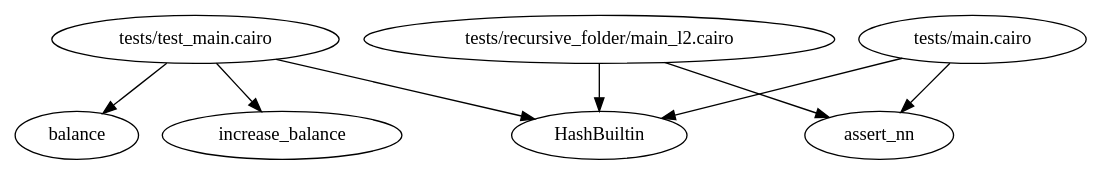
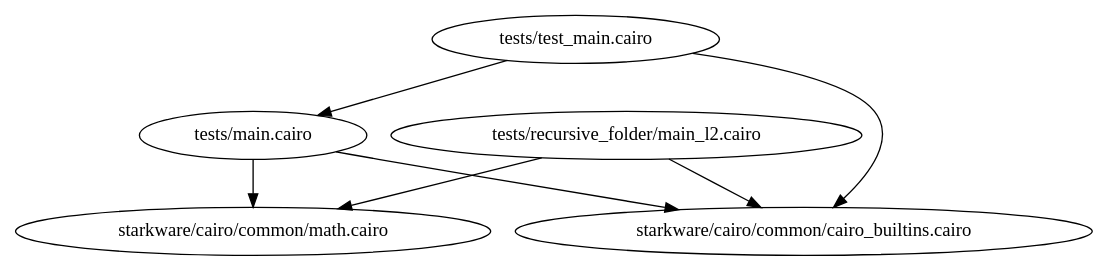
The diagram in graph.gv (enitrat/cairo-dependencies-graph), drawn with Graphviz before and after one commit. The commit also changed 2 other files, not shown here.

```diff
--- a/graph.gv
+++ b/graph.gv
@@ -1,5 +1,5 @@
 digraph G {
-{"tests/test_main.cairo"} -> {"balance","increase_balance","HashBuiltin"}
-{"tests/main.cairo"} -> {"assert_nn","HashBuiltin"}
-{"tests/recursive_folder/main_l2.cairo"} -> {"assert_nn","HashBuiltin"}
+{"tests/test_main.cairo"} -> {"tests/main.cairo","starkware/cairo/common/cairo_builtins.cairo"}
+{"tests/main.cairo"} -> {"starkware/cairo/common/cairo_builtins.cairo","starkware/cairo/common/math.cairo"}
+{"tests/recursive_folder/main_l2.cairo"} -> {"starkware/cairo/common/cairo_builtins.cairo","starkware/cairo/common/math.cairo"}
 }
```
